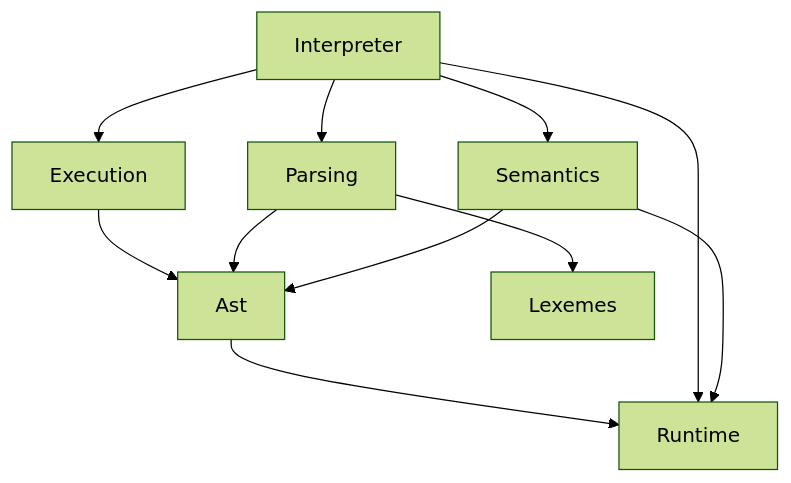
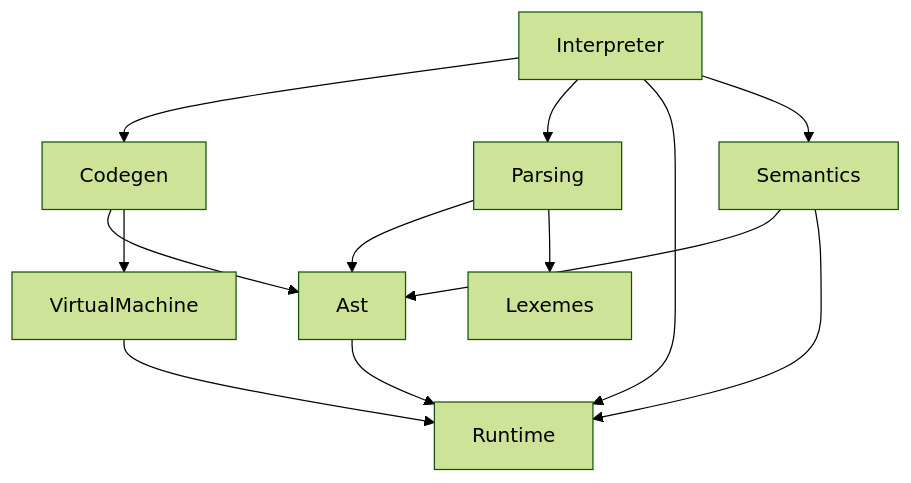
Before and after one commit to MrSuIR/pstiger: the diagram in README.md, drawn with Mermaid (forest theme). The commit also changed other lines of this file and 1 other file, not shown here.

````diff
--- a/README.md
+++ b/README.md
@@ -124,20 +124,23 @@
 ```mermaid
 graph TD
     Ast["Ast"]
-    Execution["Execution"]
+    Codegen["Codegen"]
     Interpreter["Interpreter"]
     Lexemes["Lexemes"]
     Parsing["Parsing"]
     Runtime["Runtime"]
     Semantics["Semantics"]
+    VirtualMachine["VirtualMachine"]
     Ast --> Runtime
-    Execution --> Ast
-    Interpreter --> Execution
+    Codegen --> Ast
+    Codegen --> VirtualMachine
+    Interpreter --> Codegen
     Interpreter --> Parsing
     Interpreter --> Runtime
     Interpreter --> Semantics
     Parsing --> Ast
     Parsing --> Lexemes
     Semantics --> Ast
     Semantics --> Runtime
+    VirtualMachine --> Runtime
 ```
````
